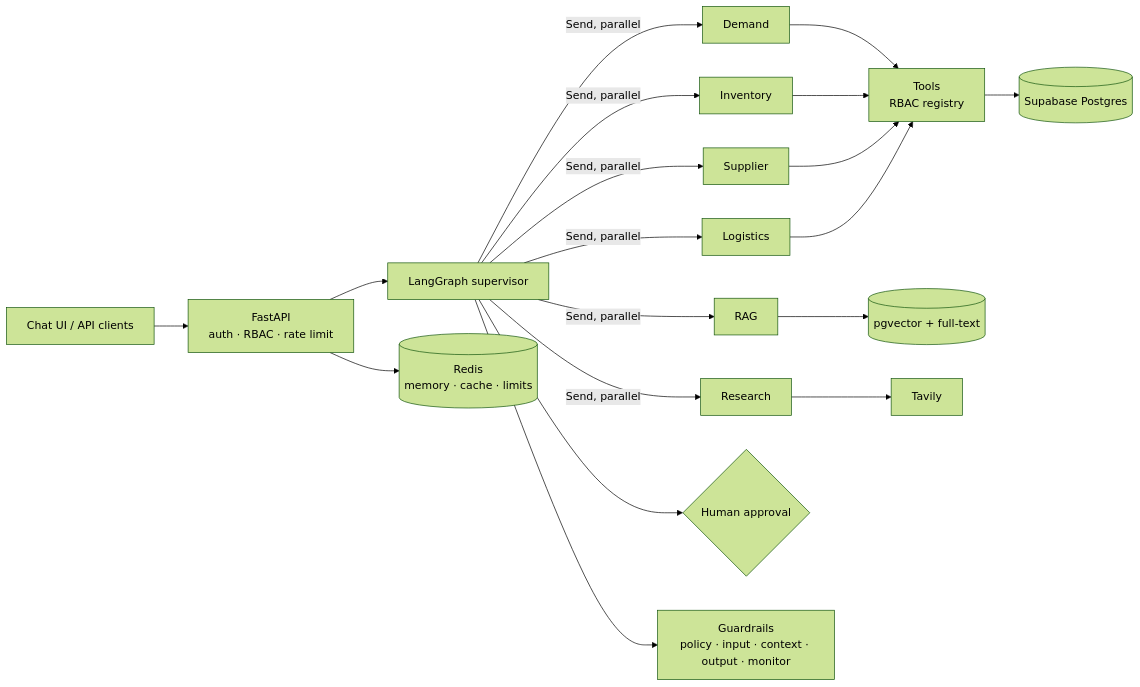
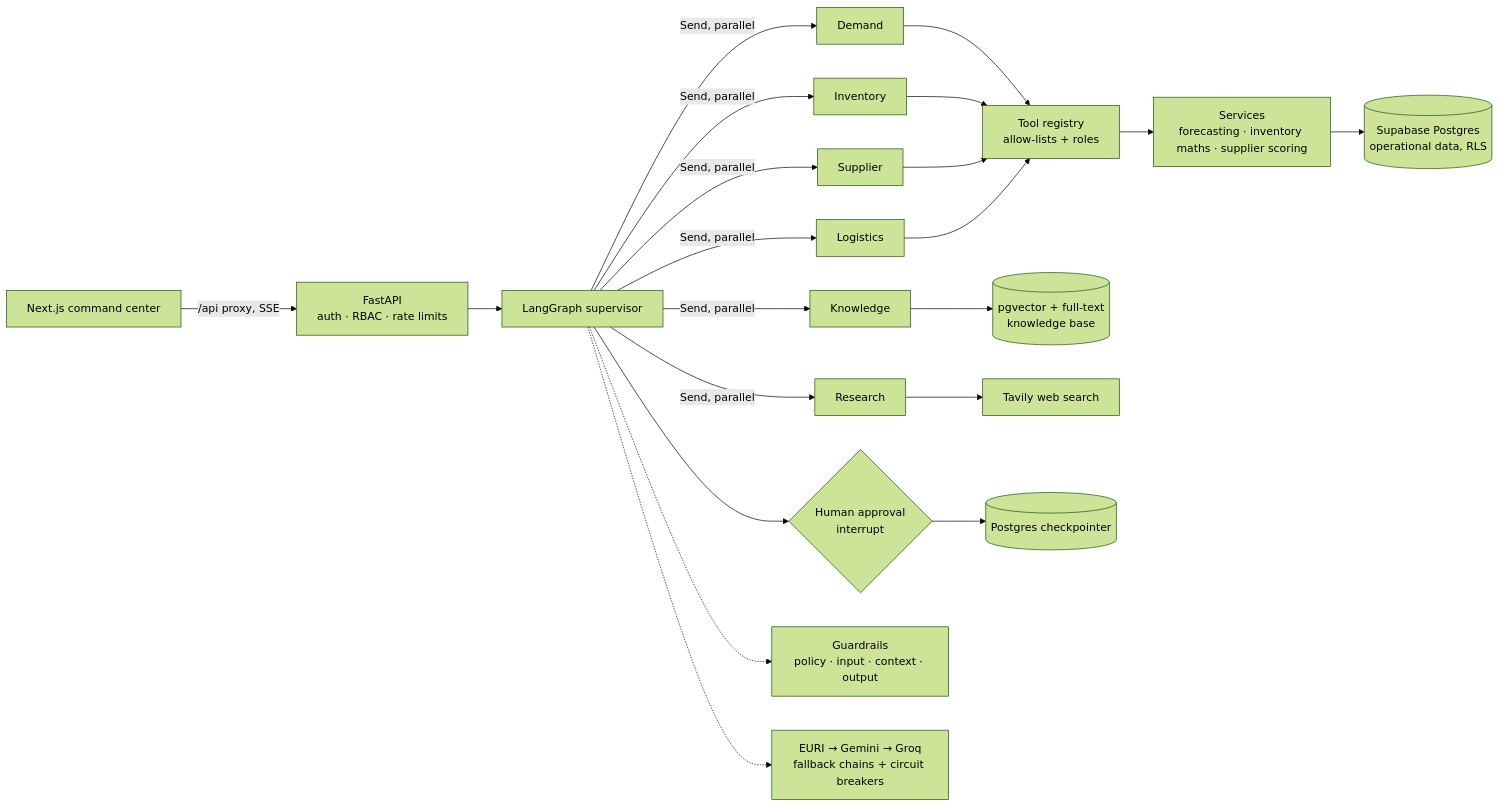
One commit to dhoraaiengineer-ai/Gen_AI_Projects changed the first of 2 diagrams in 2-Multi-Agent-Supply-Chain-AI/README.md. Above: the diagram before and after it, drawn with Mermaid (forest theme). The commit also changed other lines of this file and 17 other files, not shown here.

````diff
--- a/2-Multi-Agent-Supply-Chain-AI/README.md
+++ b/2-Multi-Agent-Supply-Chain-AI/README.md
@@ -22,13 +102,15 @@
 ```mermaid
 flowchart LR
-    UI[Chat UI / API clients] --> API[FastAPI<br/>auth · RBAC · rate limit]
+    UI[Next.js command center] -->|/api proxy, SSE| API[FastAPI<br/>auth · RBAC · rate limits]
     API --> G[LangGraph supervisor]
-    G -->|Send, parallel| D[Demand] & I[Inventory] & S[Supplier] & L[Logistics] & R[RAG] & W[Research]
-    D & I & S & L --> T[Tools<br/>RBAC registry]
-    T --> PG[(Supabase Postgres)]
-    R --> KB[(pgvector + full-text)]
-    W --> TV[Tavily]
-    G --> H{Human approval}
-    G --> GR[Guardrails<br/>policy · input · context · output · monitor]
-    API --> RD[(Redis<br/>memory · cache · limits)]
+    G -->|Send, parallel| D[Demand] & I[Inventory] & S[Supplier] & L[Logistics] & K[Knowledge] & R[Research]
+    D & I & S & L --> T[Tool registry<br/>allow-lists + roles]
+    T --> SV[Services<br/>forecasting · inventory maths · supplier scoring]
+    SV --> PG[(Supabase Postgres<br/>operational data, RLS)]
+    K --> KB[(pgvector + full-text<br/>knowledge base)]
+    R --> TV[Tavily web search]
+    G --> H{Human approval<br/>interrupt}
+    H --> CP[(Postgres checkpointer)]
+    G -.-> GR[Guardrails<br/>policy · input · context · output]
+    G -.-> LLM[EURI → Gemini → Groq<br/>fallback chains + circuit breakers]
 ```
````
